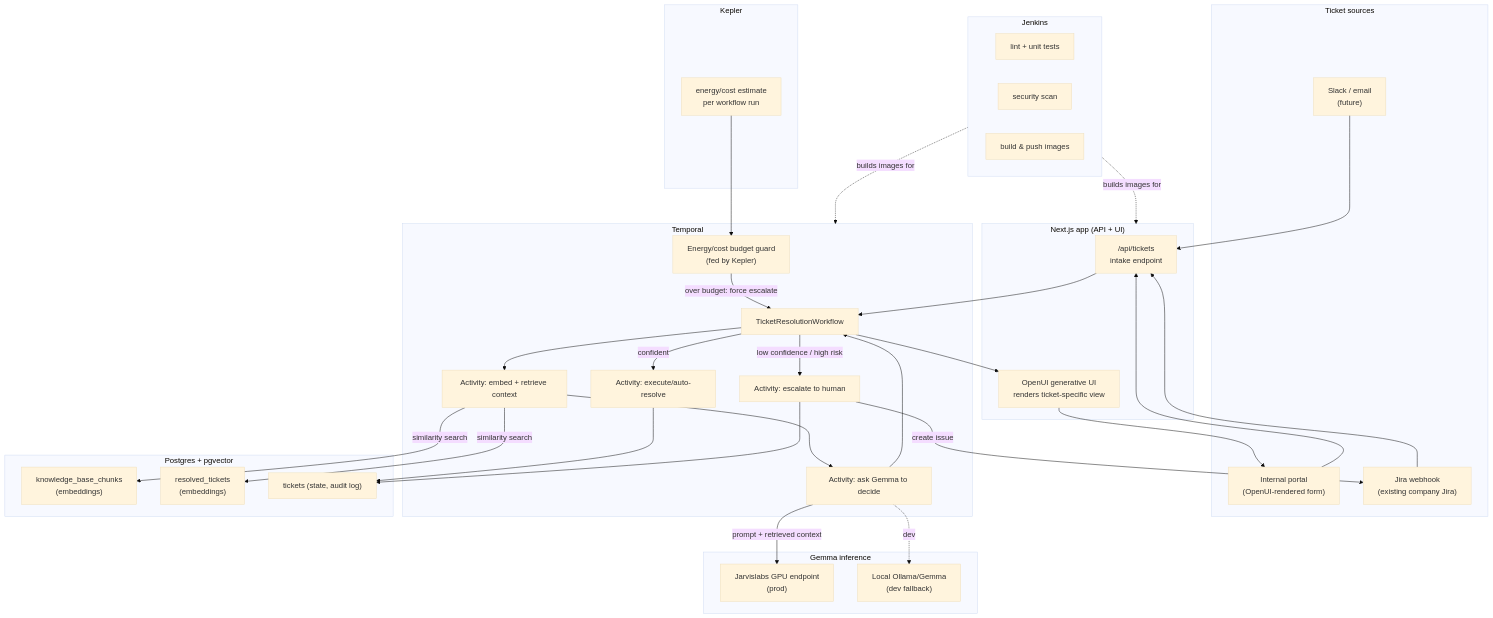
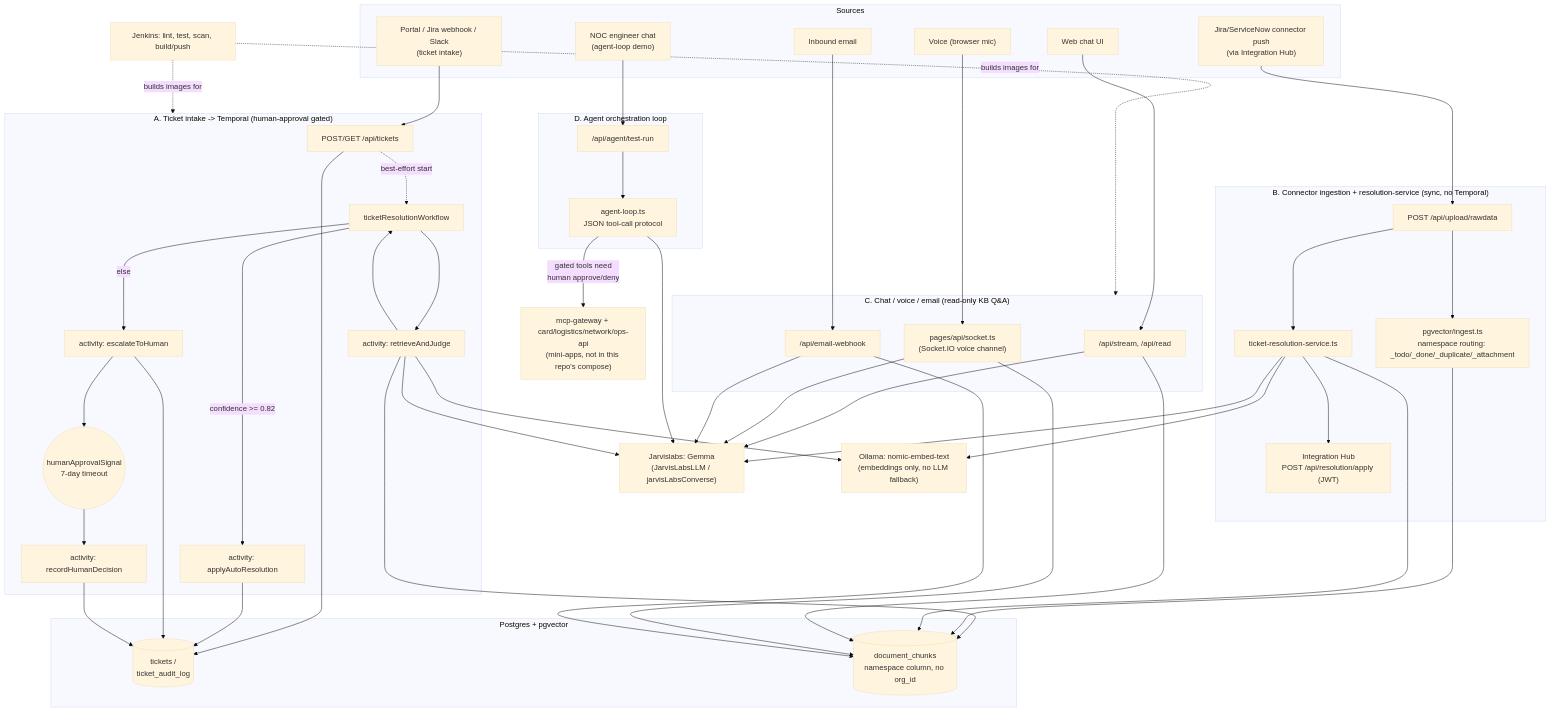
Before and after one commit to ashwintemkar/hackday: the diagram in ARCHITECTURE.md, drawn with Mermaid (base theme). The commit also changed other lines of this file and 197 other files, not shown here.

````diff
--- a/ARCHITECTURE.md
+++ b/ARCHITECTURE.md
@@ -17,67 +33,80 @@
 ```mermaid
 flowchart TB
-    subgraph Sources["Ticket sources"]
-        Portal["Internal portal\n(OpenUI-rendered form)"]
-        Jira["Jira webhook\n(existing company Jira)"]
-        Slack["Slack / email\n(future)"]
+    subgraph Sources["Sources"]
+        Portal["Portal / Jira webhook / Slack\n(ticket intake)"]
+        Connector["Jira/ServiceNow connector push\n(via Integration Hub)"]
+        ChatUI["Web chat UI"]
+        Voice["Voice (browser mic)"]
+        EmailIn["Inbound email"]
+        NOC["NOC engineer chat\n(agent-loop demo)"]
     end
 
-    subgraph App["Next.js app (API + UI)"]
-        API["/api/tickets\nintake endpoint"]
-        UI["OpenUI generative UI\nrenders ticket-specific view"]
+    subgraph TicketPath["A. Ticket intake -> Temporal (human-approval gated)"]
+        TicketsAPI["POST/GET /api/tickets"]
+        WF["ticketResolutionWorkflow"]
+        RJ["activity: retrieveAndJudge"]
+        Auto["activity: applyAutoResolution"]
+        Esc["activity: escalateToHuman"]
+        Sig(("humanApprovalSignal\n7-day timeout"))
+        Rec["activity: recordHumanDecision"]
     end
 
-    subgraph Orchestration["Temporal"]
-        WF["TicketResolutionWorkflow"]
-        A1["Activity: embed + retrieve context"]
-        A2["Activity: ask Gemma to decide"]
-        A3["Activity: execute/auto-resolve"]
-        A4["Activity: escalate to human"]
-        Budget["Energy/cost budget guard\n(fed by Kepler)"]
+    subgraph ConnPath["B. Connector ingestion + resolution-service (sync, no Temporal)"]
+        RawData["POST /api/upload/rawdata"]
+        Ingest["pgvector/ingest.ts\nnamespace routing: _todo/_done/_duplicate/_attachment"]
+        ResSvc["ticket-resolution-service.ts"]
+        Hub["Integration Hub\nPOST /api/resolution/apply (JWT)"]
+    end
+
+    subgraph ChatPath["C. Chat / voice / email (read-only KB Q&A)"]
+        StreamAPI["/api/stream, /api/read"]
+        SocketAPI["pages/api/socket.ts\n(Socket.IO voice channel)"]
+        EmailHook["/api/email-webhook"]
+    end
+
+    subgraph AgentPath["D. Agent orchestration loop"]
+        AgentAPI["/api/agent/test-run"]
+        Loop["agent-loop.ts\nJSON tool-call protocol"]
     end
 
     subgraph Data["Postgres + pgvector"]
-        KB["knowledge_base_chunks\n(embeddings)"]
-        Past["resolved_tickets\n(embeddings)"]
-        Tickets["tickets (state, audit log)"]
+        Tickets[("tickets /\nticket_audit_log")]
+        Chunks[("document_chunks\nnamespace column, no org_id")]
     end
 
-    subgraph AI["Gemma inference"]
-        Jarvis["Jarvislabs GPU endpoint\n(prod)"]
-        Ollama["Local Ollama/Gemma\n(dev fallback)"]
-    end
+    Jarvis["Jarvislabs: Gemma\n(JarvisLabsLLM / jarvisLabsConverse)"]
+    OllamaEmbed["Ollama: nomic-embed-text\n(embeddings only, no LLM fallback)"]
+    Gateway["mcp-gateway + card/logistics/network/ops-api\n(mini-apps, not in this repo's compose)"]
 
-    subgraph CI["Jenkins"]
-        Lint["lint + unit tests"]
-        Scan["security scan"]
-        Build["build & push images"]
-    end
+    Portal --> TicketsAPI --> Tickets
+    TicketsAPI -.best-effort start.-> WF
+    WF --> RJ --> OllamaEmbed
+    RJ --> Chunks
+    RJ --> Jarvis
+    RJ --> WF
+    WF -->|confidence >= 0.82| Auto --> Tickets
+    WF -->|else| Esc --> Tickets
+    Esc --> Sig --> Rec --> Tickets
 
-    subgraph Energy["Kepler"]
-        KeplerExp["energy/cost estimate\nper workflow run"]
-    end
+    Connector --> RawData --> Ingest --> Chunks
+    RawData --> ResSvc --> Chunks
+    ResSvc --> OllamaEmbed
+    ResSvc --> Jarvis
+    ResSvc --> Hub
 
-    Portal --> API
-    Jira --> API
-    Slack --> API
-    API --> WF
-    WF --> A1
-    A1 -->|similarity search| KB
-    A1 -->|similarity search| Past
-    A1 --> A2
-    A2 -->|prompt + retrieved context| Jarvis
-    A2 -.dev.-> Ollama
-    A2 --> WF
-    WF -->|confident| A3
-    WF -->|low confidence / high risk| A4
-    A4 -->|create issue| Jira
-    A3 --> Tickets
-    A4 --> Tickets
-    WF --> UI
-    UI --> Portal
-    KeplerExp --> Budget
-    Budget -->|over budget: force escalate| WF
+    ChatUI --> StreamAPI
+    Voice --> SocketAPI
+    EmailIn --> EmailHook
+    StreamAPI --> Chunks
+    SocketAPI --> Chunks
+    EmailHook --> Chunks
+    StreamAPI --> Jarvis
+    SocketAPI --> Jarvis
+    EmailHook --> Jarvis
 
-    CI -.builds images for.-> App
-    CI -.builds images for.-> Orchestration
+    NOC --> AgentAPI --> Loop --> Jarvis
+    Loop -->|gated tools need\nhuman approve/deny| Gateway
+
+    CI["Jenkins: lint, test, scan, build/push"] -.builds images for.-> TicketPath
+    CI -.builds images for.-> ChatPath
 ```
````
